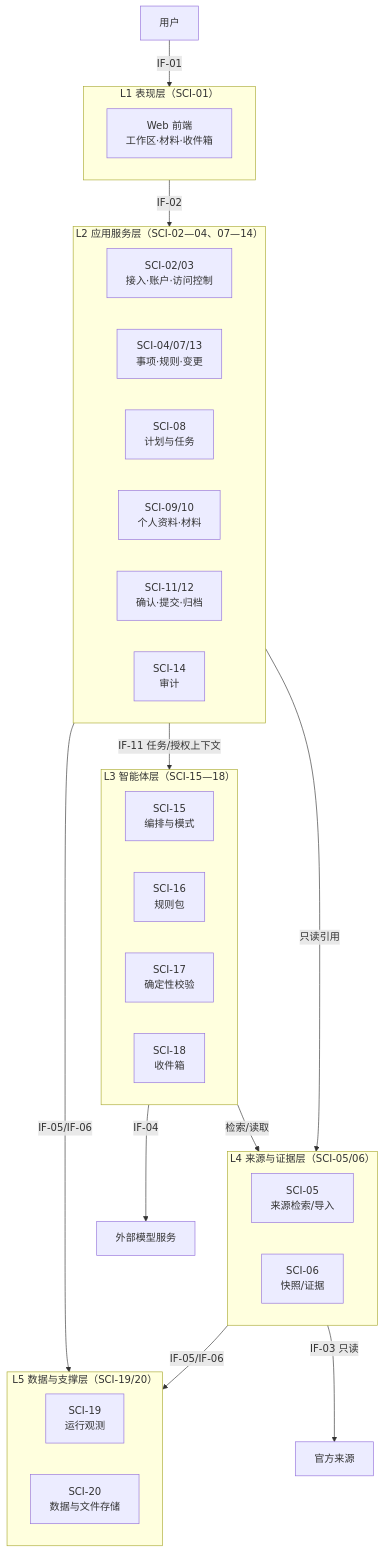
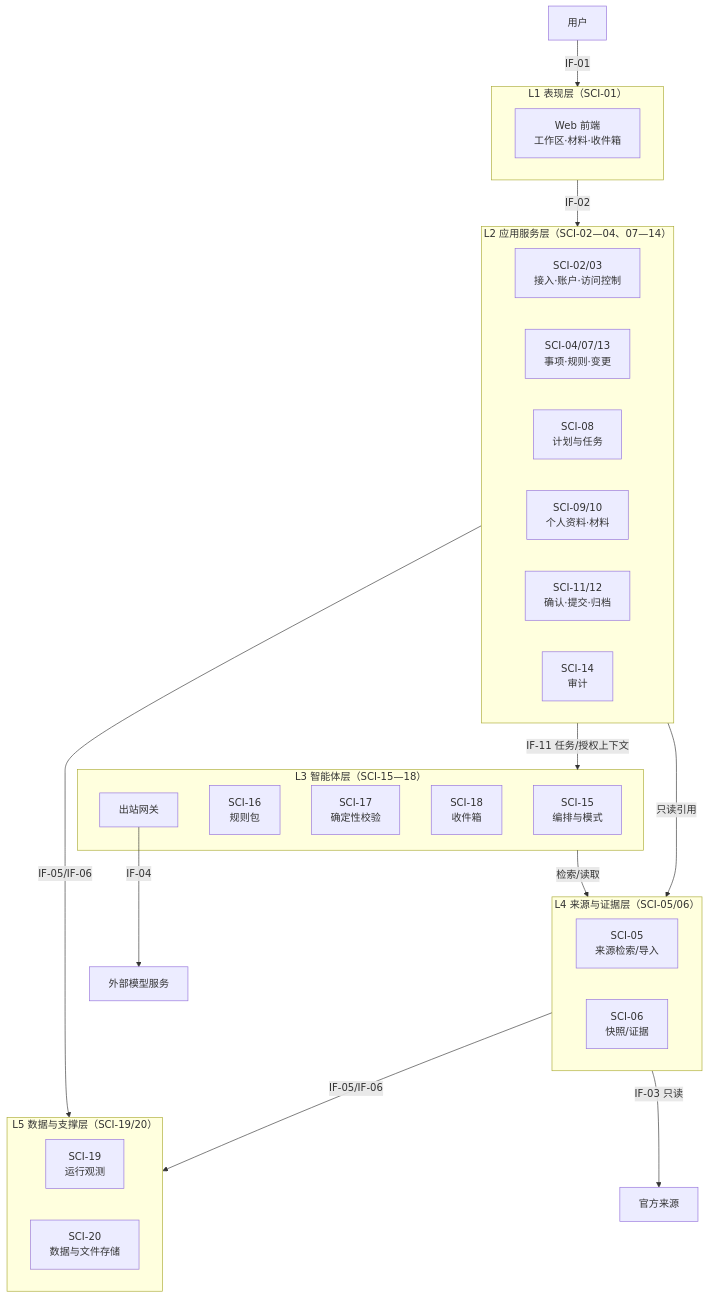
Before and after one commit to LotteryCamp/OfferPilot: the fourth of 23 diagrams in docs/design/system-design/offerpilot-system-design.md, drawn with Mermaid. The commit also changed other lines of this file, not shown here.

````diff
--- a/docs/design/system-design/offerpilot-system-design.md
+++ b/docs/design/system-design/offerpilot-system-design.md
@@ -507,40 +507,41 @@
 ```mermaid
 flowchart TB
     U["用户"]
     subgraph L1["L1 表现层（SCI-01）"]
         WEB["Web 前端<br/>工作区·材料·收件箱"]
     end
     subgraph L2["L2 应用服务层（SCI-02—04、07—14）"]
         ACC["SCI-02/03<br/>接入·账户·访问控制"]
         MTR["SCI-04/07/13<br/>事项·规则·变更"]
         PLN["SCI-08<br/>计划与任务"]
         PRS["SCI-09/10<br/>个人资料·材料"]
         CLS["SCI-11/12<br/>确认·提交·归档"]
         AUD["SCI-14<br/>审计"]
     end
     subgraph L3["L3 智能体层（SCI-15—18）"]
         ORCH["SCI-15<br/>编排与模式"]
         KP["SCI-16<br/>规则包"]
         VAL["SCI-17<br/>确定性校验"]
         INBOX["SCI-18<br/>收件箱"]
+        OGW["出站网关"]
     end
     subgraph L4["L4 来源与证据层（SCI-05/06）"]
         SRC["SCI-05<br/>来源检索/导入"]
         SNAP["SCI-06<br/>快照/证据"]
     end
     subgraph L5["L5 数据与支撑层（SCI-19/20）"]
         OBS["SCI-19<br/>运行观测"]
         STORE["SCI-20<br/>数据与文件存储"]
     end
     LLM["外部模型服务"]
     OFF["官方来源"]
     U -->|"IF-01"| L1
     L1 -->|"IF-02"| L2
     L2 -->|"IF-11 任务/授权上下文"| L3
     L2 -->|"只读引用"| L4
     L3 -->|"检索/读取"| L4
     L4 -->|"IF-05/IF-06"| L5
     L2 -->|"IF-05/IF-06"| L5
-    L3 -->|"IF-04"| LLM
+    OGW -->|"IF-04"| LLM
     L4 -->|"IF-03 只读"| OFF
 ```
````
